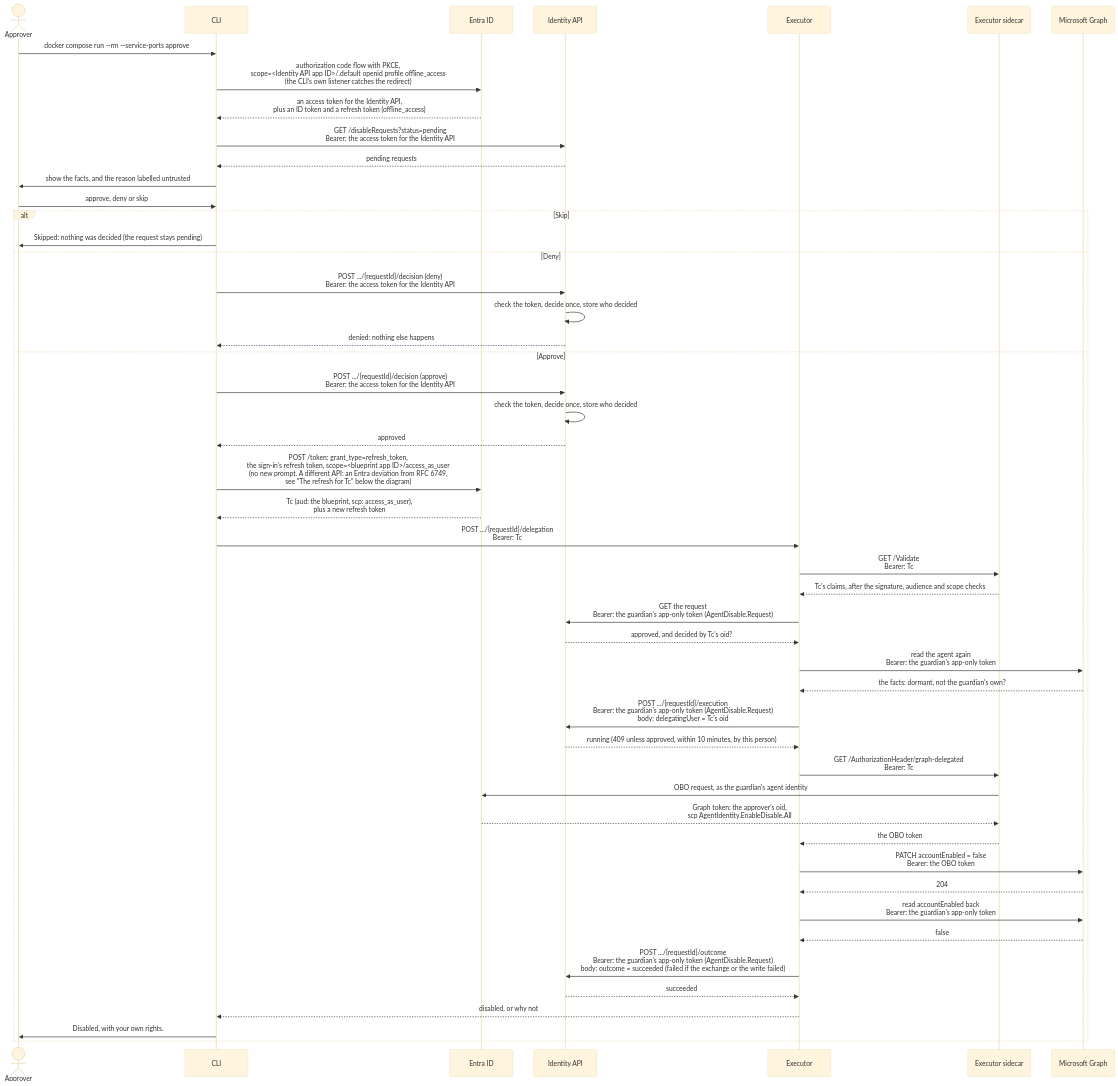
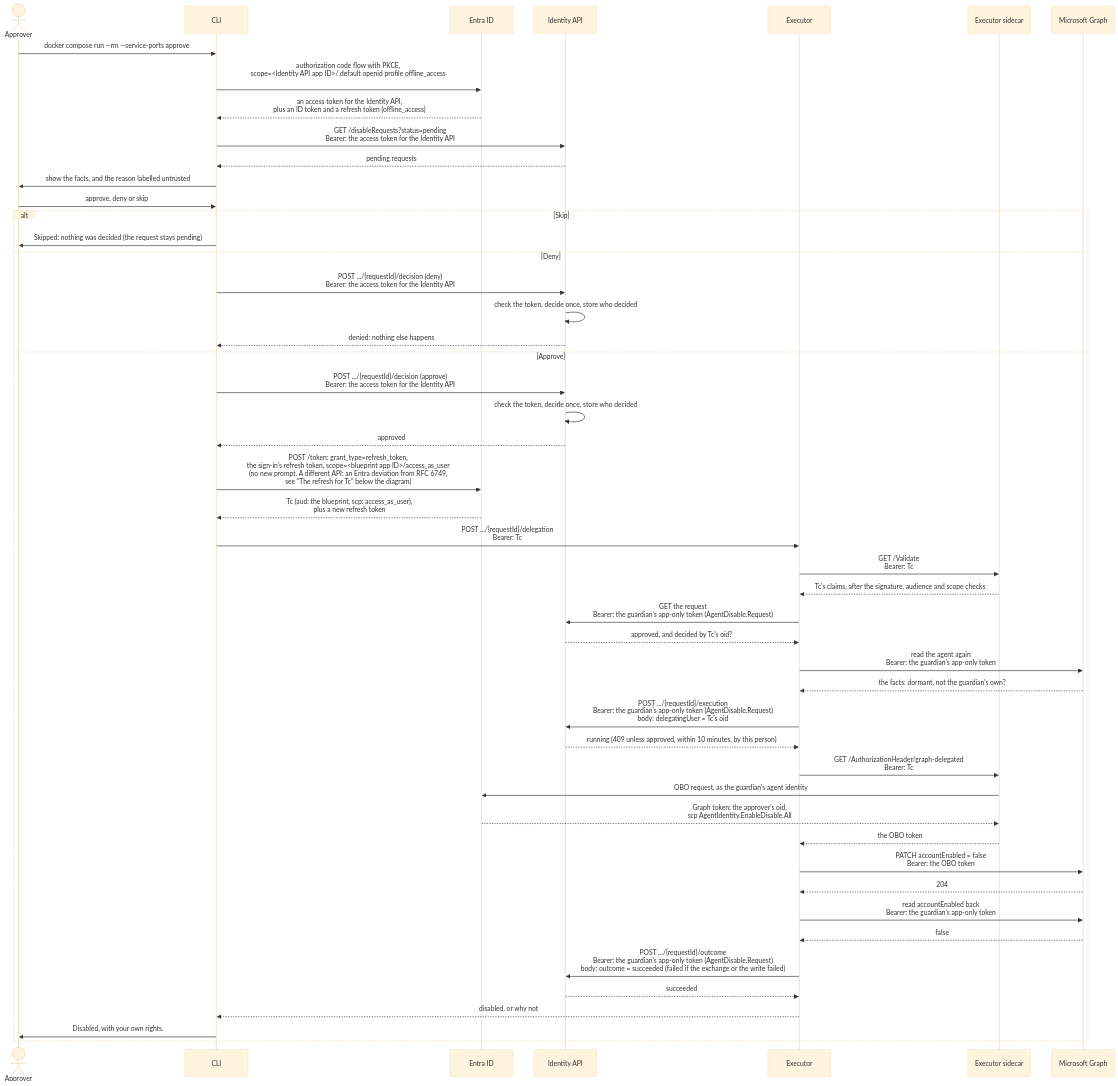
Before and after one commit to alireza-mpr/agent-steward: the fourth of 6 diagrams in docs/agent-steward-architecture.md, drawn with Mermaid (base theme).

Commit message:
redundant

````diff
--- a/docs/agent-steward-architecture.md
+++ b/docs/agent-steward-architecture.md
@@ -276,53 +276,53 @@
 ```mermaid
 sequenceDiagram
     actor P as Approver
     participant C as CLI
     participant E as Entra ID
     participant A as Identity API
     participant X as Executor
     participant S as Executor sidecar
     participant G as Microsoft Graph
 
     P->>C: docker compose run --rm --service-ports approve
-    C->>E: authorization code flow with PKCE,<br/>scope=#lt;Identity API app ID#gt;/.default openid profile offline_access<br/>(the CLI's own listener catches the redirect)
+    C->>E: authorization code flow with PKCE,<br/>scope=#lt;Identity API app ID#gt;/.default openid profile offline_access<br/>
     E-->>C: an access token for the Identity API,<br/>plus an ID token and a refresh token (offline_access)
     C->>A: GET /disableRequests?status=pending<br/>Bearer: the access token for the Identity API
     A-->>C: pending requests
     C->>P: show the facts, and the reason labelled untrusted
     P->>C: approve, deny or skip
 
     alt Skip
         C->>P: Skipped: nothing was decided (the request stays pending)
     else Deny
         C->>A: POST .../{requestId}/decision (deny)<br/>Bearer: the access token for the Identity API
         A->>A: check the token, decide once, store who decided
         A-->>C: denied: nothing else happens
     else Approve
         C->>A: POST .../{requestId}/decision (approve)<br/>Bearer: the access token for the Identity API
         A->>A: check the token, decide once, store who decided
         A-->>C: approved
         C->>E: POST /token: grant_type=refresh_token,<br/>the sign-in's refresh token, scope=#lt;blueprint app ID#gt;/access_as_user<br/>(no new prompt. A different API: an Entra deviation from RFC 6749,<br/>see "The refresh for Tc" below the diagram)
         E-->>C: Tc (aud: the blueprint, scp: access_as_user),<br/>plus a new refresh token
         C->>X: POST .../{requestId}/delegation<br/>Bearer: Tc
         X->>S: GET /Validate<br/>Bearer: Tc
         S-->>X: Tc's claims, after the signature, audience and scope checks
         X->>A: GET the request<br/>Bearer: the guardian's app-only token (AgentDisable.Request)
         A-->>X: approved, and decided by Tc's oid?
         X->>G: read the agent again<br/>Bearer: the guardian's app-only token
         G-->>X: the facts: dormant, not the guardian's own?
         X->>A: POST .../{requestId}/execution<br/>Bearer: the guardian's app-only token (AgentDisable.Request)<br/>body: delegatingUser = Tc's oid
         A-->>X: running (409 unless approved, within 10 minutes, by this person)
         X->>S: GET /AuthorizationHeader/graph-delegated<br/>Bearer: Tc
         S->>E: OBO request, as the guardian's agent identity
         E-->>S: Graph token: the approver's oid,<br/>scp AgentIdentity.EnableDisable.All
         S-->>X: the OBO token
         X->>G: PATCH accountEnabled = false<br/>Bearer: the OBO token
         G-->>X: 204
         X->>G: read accountEnabled back<br/>Bearer: the guardian's app-only token
         G-->>X: false
         X->>A: POST .../{requestId}/outcome<br/>Bearer: the guardian's app-only token (AgentDisable.Request)<br/>body: outcome = succeeded (failed if the exchange or the write failed)
         A-->>X: succeeded
         X-->>C: disabled, or why not
         C->>P: Disabled, with your own rights.
     end
 ```
````
